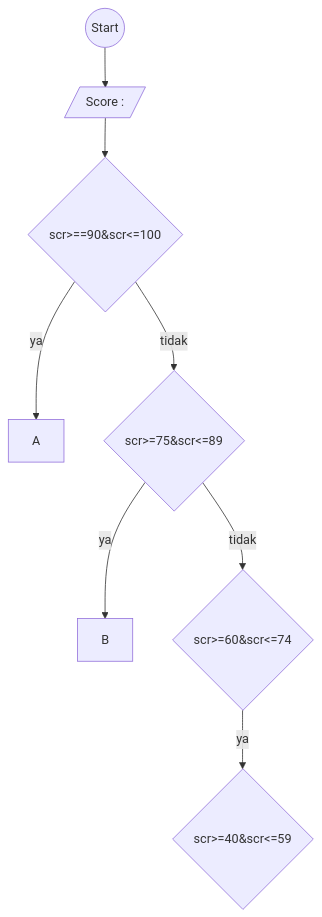
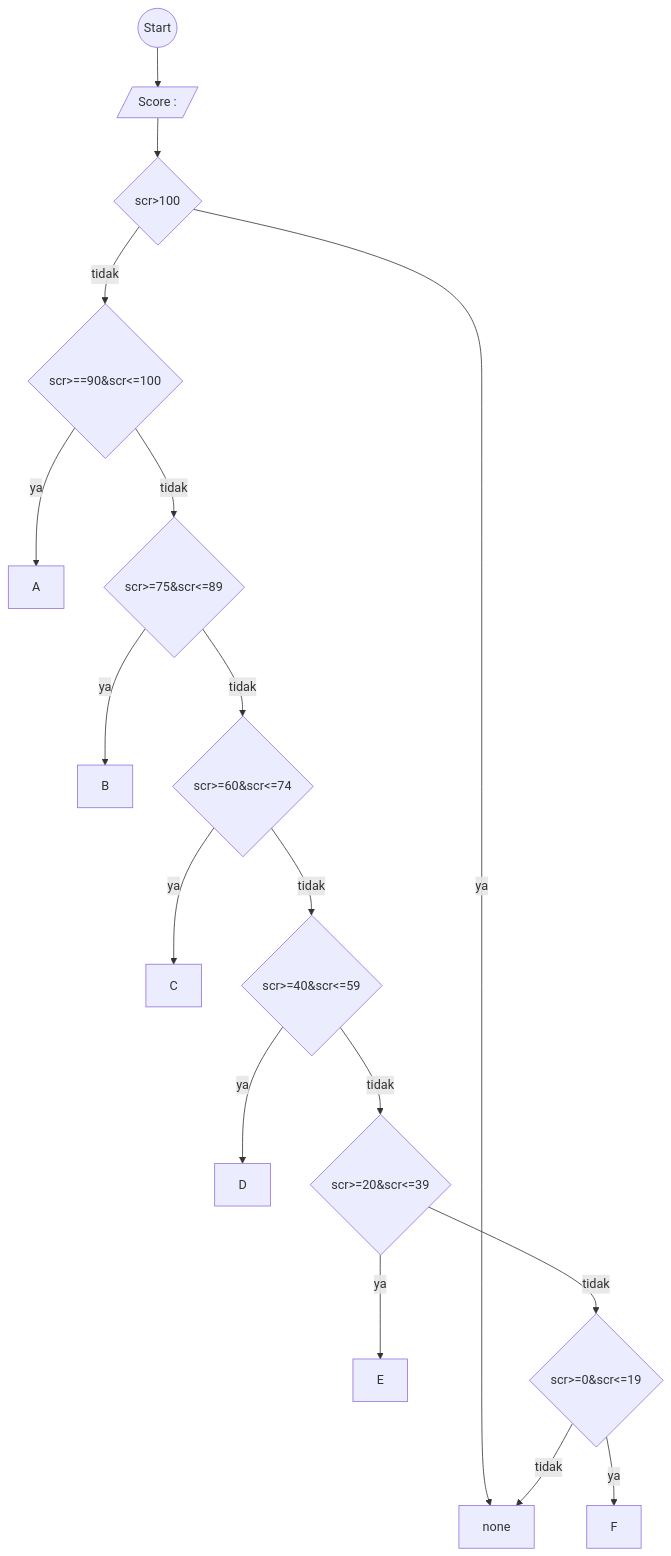
The diagram in minitask9.md (hilmy07/koda-b4-algoritma), drawn with Mermaid before and after one commit. The commit also changed 1 other file, not shown here.

````diff
--- a/minitask9.md
+++ b/minitask9.md
@@ -3,11 +3,22 @@
 ```mermaid
 flowchart TD;
 
 strt((Start))-->scr[/Score : /]
-scr-->dcs1{scr>==90&scr<=100}
+scr-->dcs0{scr>100}
+dcs0--ya-->none
+dcs0--tidak-->dcs1{scr>==90&scr<=100}
 dcs1--ya-->A
 dcs1--tidak-->dcs2{scr>=75&scr<=89}
 dcs2--ya-->B
 dcs2--tidak-->dcs3{scr>=60&scr<=74}
-dcs3--ya-->dcs4{scr>=40&scr<=59}
+dcs3--ya-->C
+dcs3--tidak-->dcs4{scr>=40&scr<=59}
+dcs4--ya-->D
+dcs4--tidak-->dcs5{scr>=20&scr<=39}
+dcs5--ya-->E
+dcs5--tidak-->dcs6{scr>=0&scr<=19}
+dcs6--ya-->F
+dcs6--tidak-->none
+
+
 ```
````
